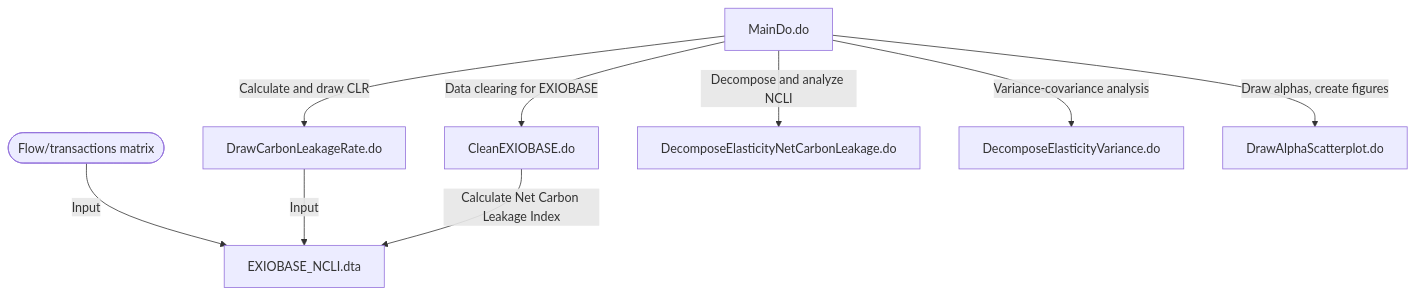
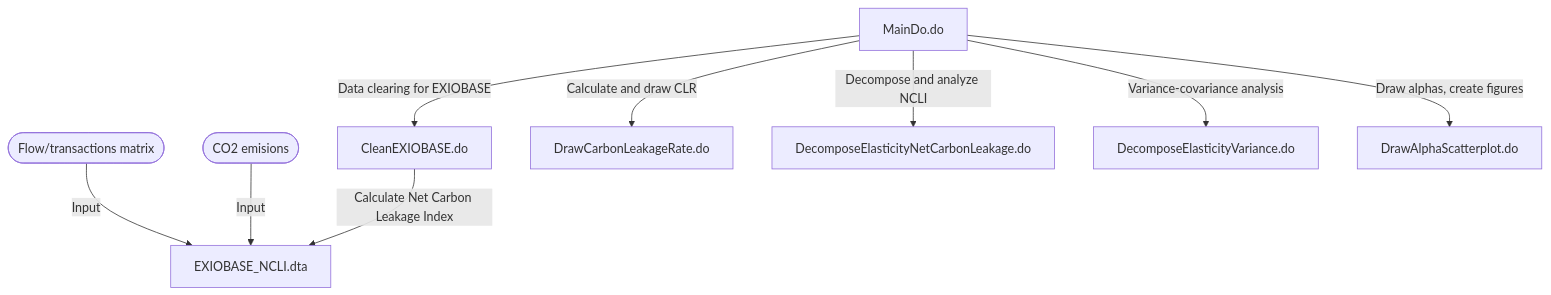
The diagram in README.md (AkariOno/Trade_Carbon), drawn with Mermaid before and after one commit.

````diff
--- a/README.md
+++ b/README.md
@@ -17,11 +17,11 @@
 ```mermaid
 graph TD;
     A[MainDo.do] --> |Data clearing for EXIOBASE|B[CleanEXIOBASE.do]
     C([Flow/transactions matrix]) --> |Input|D[EXIOBASE_NCLI.dta]
     E([CO2 emisions]) --> |Input|D
     B --> |Calculate Net Carbon Leakage Index|D
-    A --> |Calculate and draw CLR|E[DrawCarbonLeakageRate.do]
-    A --> |Decompose and analyze NCLI|F[DecomposeElasticityNetCarbonLeakage.do]
-    A --> |Variance-covariance analysis|G[DecomposeElasticityVariance.do]
-    A --> |Draw alphas, create figures|H[DrawAlphaScatterplot.do]
+    A --> |Calculate and draw CLR|F[DrawCarbonLeakageRate.do]
+    A --> |Decompose and analyze NCLI|G[DecomposeElasticityNetCarbonLeakage.do]
+    A --> |Variance-covariance analysis|H[DecomposeElasticityVariance.do]
+    A --> |Draw alphas, create figures|I[DrawAlphaScatterplot.do]
 ```
````
